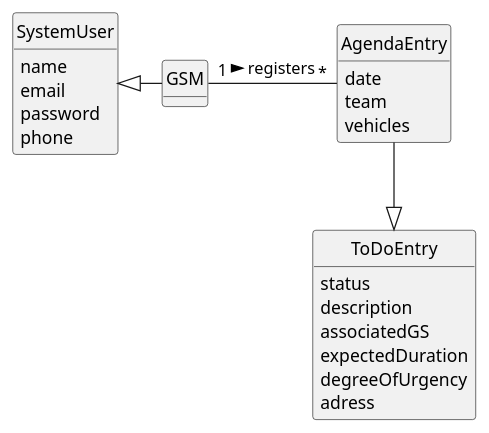
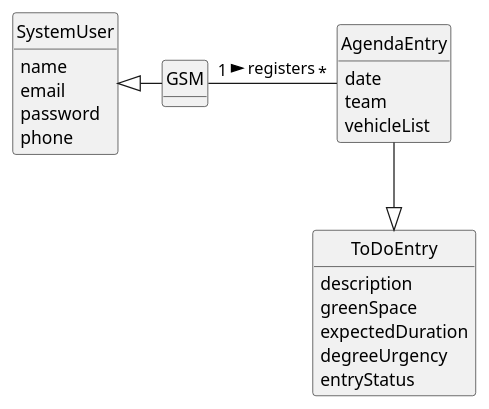
One commit to Departamento-de-Engenharia-Informatica/lei-24-s2-1do-g164 changed the diagram in docs/sprintC/us022/02.analysis/puml/us022-domain-model.puml. Above: the diagram before and after it, drawn with PlantUML. The commit also changed 9 other files, not shown here.

```diff
--- a/docs/sprintC/us022/02.analysis/puml/us022-domain-model.puml
+++ b/docs/sprintC/us022/02.analysis/puml/us022-domain-model.puml
@@ -1,47 +1,44 @@
 \@startuml
 skinparam monochrome true
 skinparam packageStyle rectangle
 skinparam shadowing false
 
 
 
 skinparam classAttributeIconSize 0
 
 hide circle
 hide methods
 
 
 class SystemUser {
     name
     email
     password
     phone
 
 }
 class GSM {
 
 }
 
 class AgendaEntry {
     date
     team
-    vehicles
+    vehicleList
 }
 
 class ToDoEntry {
-        status
         description
-        associatedGS
+        greenSpace
         expectedDuration
-        degreeOfUrgency
-        adress
-
-
+        degreeUrgency
+        entryStatus
 }
 
 GSM "1" - "*" AgendaEntry : registers >
 SystemUser <|- GSM
 AgendaEntry --|> ToDoEntry
 
 
 @enduml
```
